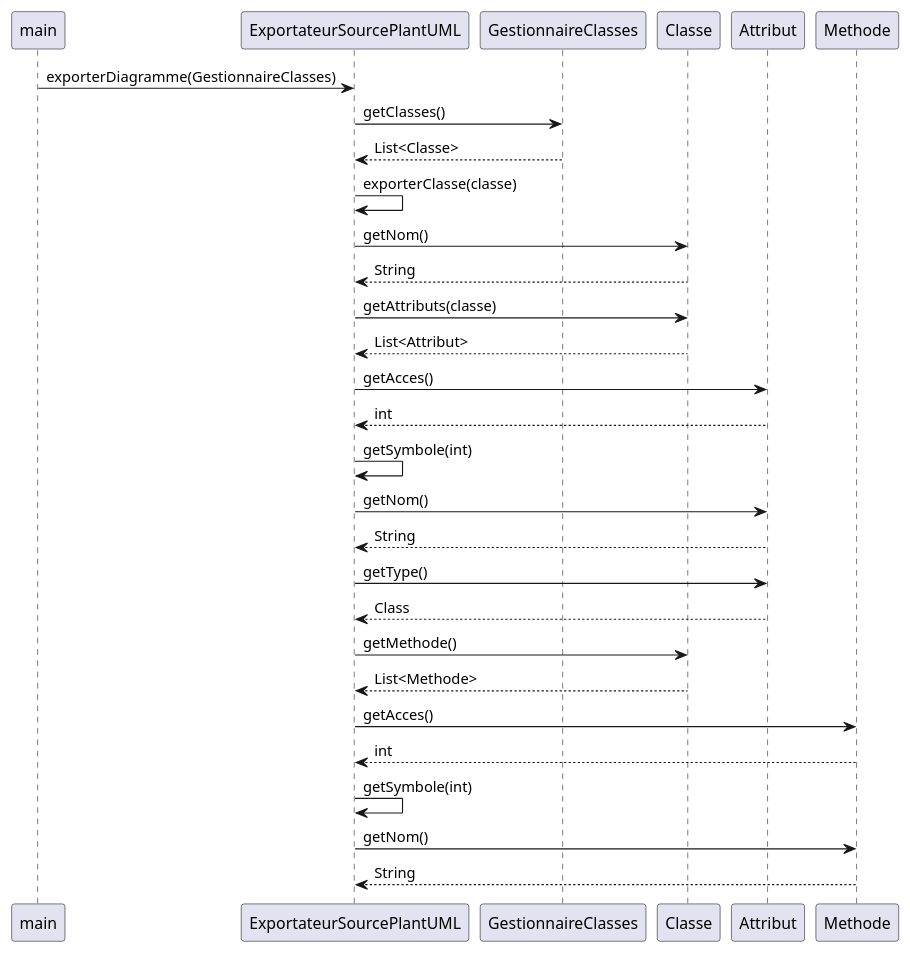
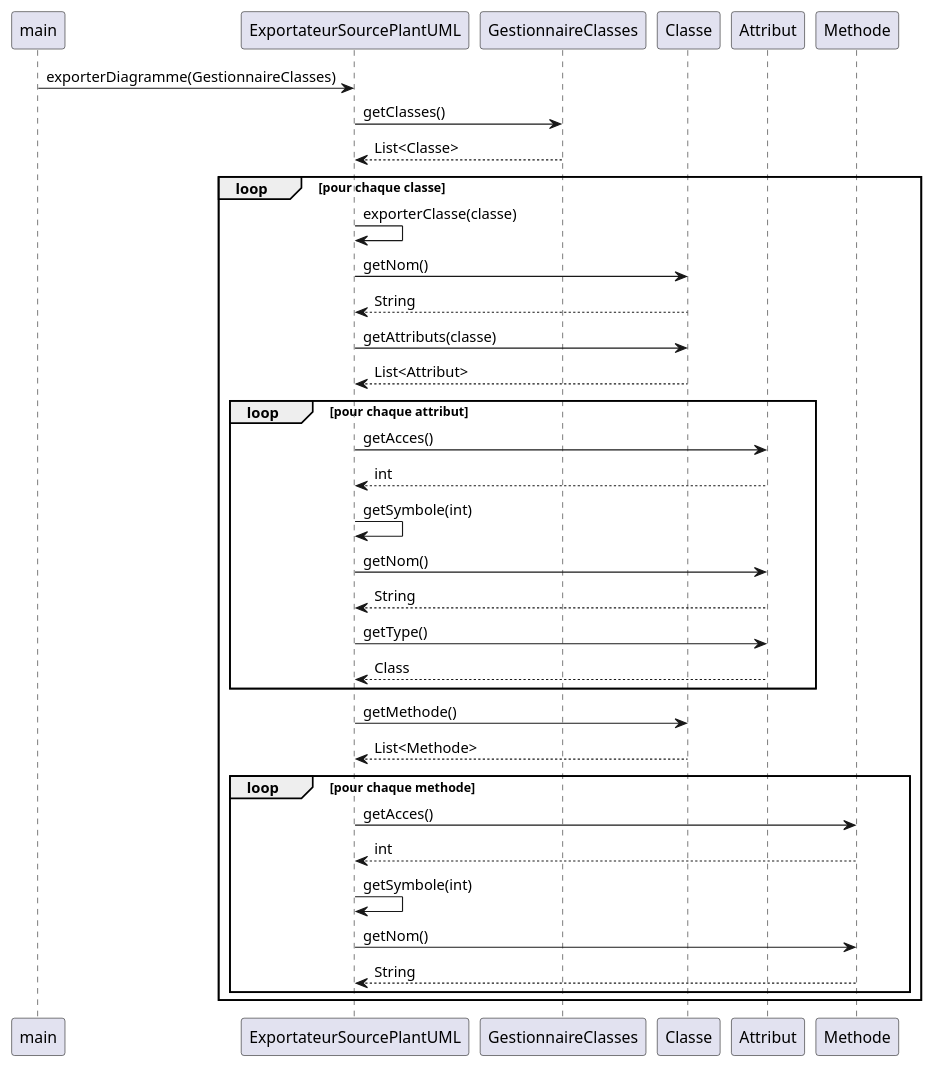
One commit to BaptisteHeq/SAE-3.01-Groupe-4 changed the diagram in documents/Iteration2/DiagSequenceExportateurSourcePlantUML.puml. Above: the diagram before and after it, drawn with PlantUML. The commit also changed 1 other file, not shown here.

Commit message:
update diagramme sequence exporterSourcePlantUML

```diff
--- a/documents/Iteration2/DiagSequenceExportateurSourcePlantUML.puml
+++ b/documents/Iteration2/DiagSequenceExportateurSourcePlantUML.puml
@@ -1,25 +1,35 @@
 @startuml
 main -> ExportateurSourcePlantUML : exporterDiagramme(GestionnaireClasses)
 ExportateurSourcePlantUML -> GestionnaireClasses : getClasses()
 GestionnaireClasses --> ExportateurSourcePlantUML : List<Classe>
-ExportateurSourcePlantUML -> ExportateurSourcePlantUML : exporterClasse(classe)
-ExportateurSourcePlantUML -> Classe : getNom()
-Classe --> ExportateurSourcePlantUML : String
-ExportateurSourcePlantUML -> Classe : getAttributs(classe)
-Classe --> ExportateurSourcePlantUML : List<Attribut>
-ExportateurSourcePlantUML -> Attribut : getAcces()
-Attribut --> ExportateurSourcePlantUML : int
-ExportateurSourcePlantUML -> ExportateurSourcePlantUML : getSymbole(int)
-ExportateurSourcePlantUML -> Attribut : getNom()
-Attribut --> ExportateurSourcePlantUML : String
-ExportateurSourcePlantUML -> Attribut : getType()
-Attribut --> ExportateurSourcePlantUML : Class
-ExportateurSourcePlantUML -> Classe : getMethode()
-Classe --> ExportateurSourcePlantUML : List<Methode>
-ExportateurSourcePlantUML -> Methode : getAcces()
-Methode --> ExportateurSourcePlantUML : int
-ExportateurSourcePlantUML -> ExportateurSourcePlantUML : getSymbole(int)
-ExportateurSourcePlantUML -> Methode : getNom()
-Methode --> ExportateurSourcePlantUML : String
+
+Loop pour chaque classe
+    ExportateurSourcePlantUML -> ExportateurSourcePlantUML : exporterClasse(classe)
+    ExportateurSourcePlantUML -> Classe : getNom()
+    Classe --> ExportateurSourcePlantUML : String
+    ExportateurSourcePlantUML -> Classe : getAttributs(classe)
+    Classe --> ExportateurSourcePlantUML : List<Attribut>
+
+    Loop pour chaque attribut
+        ExportateurSourcePlantUML -> Attribut : getAcces()
+        Attribut --> ExportateurSourcePlantUML : int
+        ExportateurSourcePlantUML -> ExportateurSourcePlantUML : getSymbole(int)
+        ExportateurSourcePlantUML -> Attribut : getNom()
+        Attribut --> ExportateurSourcePlantUML : String
+        ExportateurSourcePlantUML -> Attribut : getType()
+        Attribut --> ExportateurSourcePlantUML : Class
+    end
+
+    ExportateurSourcePlantUML -> Classe : getMethode()
+    Classe --> ExportateurSourcePlantUML : List<Methode>
+
+    Loop pour chaque methode
+    ExportateurSourcePlantUML -> Methode : getAcces()
+    Methode --> ExportateurSourcePlantUML : int
+    ExportateurSourcePlantUML -> ExportateurSourcePlantUML : getSymbole(int)
+    ExportateurSourcePlantUML -> Methode : getNom()
+    Methode --> ExportateurSourcePlantUML : String
+    end
+end
 
 @enduml
```
